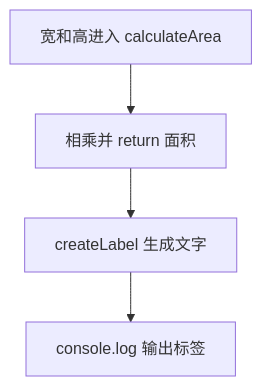
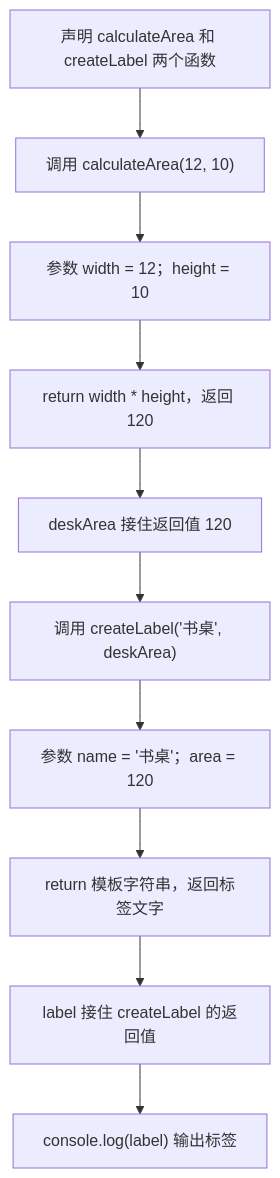
The diagram in beginner/docs/day05/README.md (zoran-sid/Typescript_practice), drawn with Mermaid before and after one commit. The commit also changed 56 other files, not shown here.

````diff
--- a/beginner/docs/day05/README.md
+++ b/beginner/docs/day05/README.md
@@ -105,7 +105,13 @@
 ```mermaid
 flowchart TD
-  A["宽和高进入 calculateArea"] --> B
-  B["相乘并 return 面积"] --> C
-  C["createLabel 生成文字"] --> D
-  D["console.log 输出标签"]
+  A["声明 calculateArea 和 createLabel 两个函数"] --> B
+  B["调用 calculateArea(12, 10)"] --> C
+  C["参数 width = 12；height = 10"] --> D
+  D["return width * height，返回 120"] --> E
+  E["deskArea 接住返回值 120"] --> F
+  F["调用 createLabel('书桌', deskArea)"] --> G
+  G["参数 name = '书桌'；area = 120"] --> H
+  H["return 模板字符串，返回标签文字"] --> I
+  I["label 接住 createLabel 的返回值"] --> J
+  J["console.log(label) 输出标签"]
 ```
````
